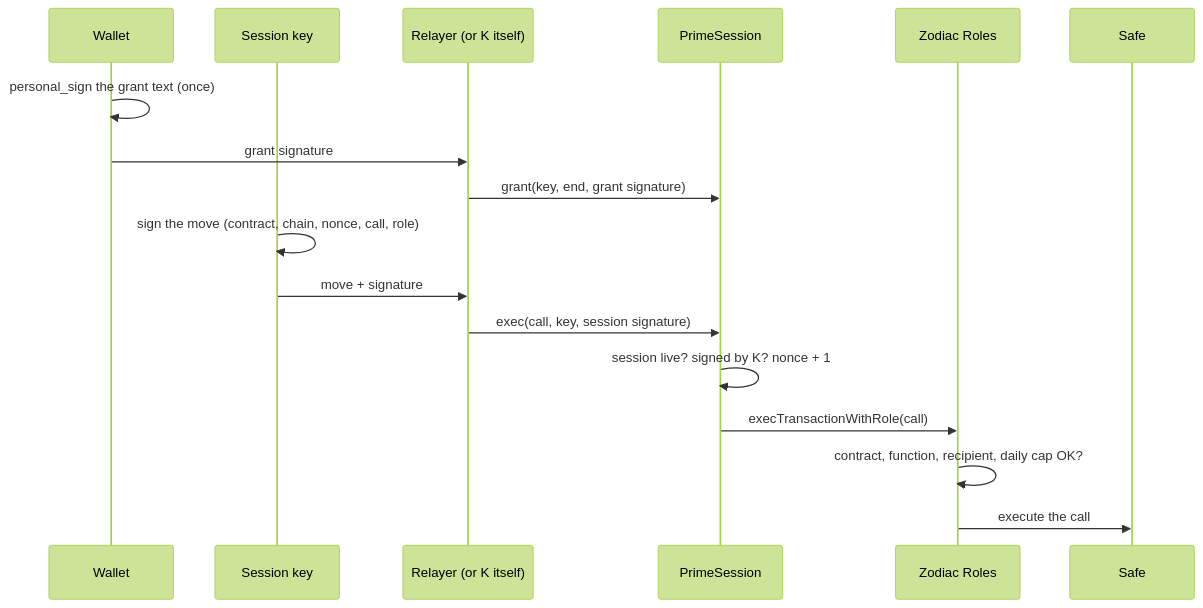
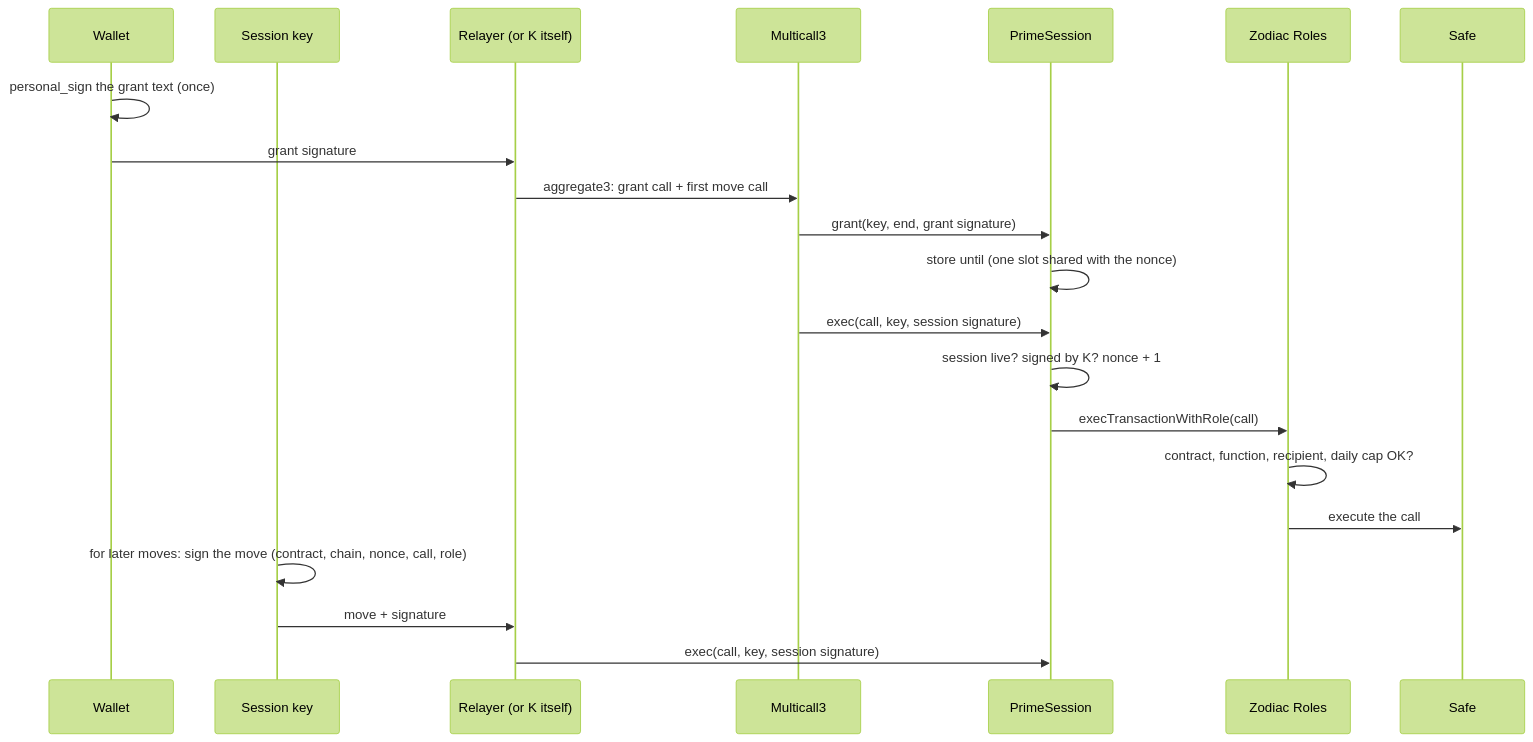
Before and after one commit to untangledfinance/oz-policy-builder: the fifth of 8 diagrams in contracts/prime-session/ARCHITECTURE.md, drawn with Mermaid (forest theme). The commit also changed other lines of this file and 81 other files, not shown here.

````diff
--- a/contracts/prime-session/ARCHITECTURE.md
+++ b/contracts/prime-session/ARCHITECTURE.md
@@ -230,19 +235,23 @@
 ```mermaid
 sequenceDiagram
   participant W as Wallet
   participant K as Session key
   participant R as Relayer (or K itself)
+  participant M as Multicall3
   participant P as PrimeSession
   participant Ro as Zodiac Roles
   participant S as Safe
   W->>W: personal_sign the grant text (once)
   W->>R: grant signature
-  R->>P: grant(key, end, grant signature)
-  K->>K: sign the move (contract, chain, nonce, call, role)
-  K->>R: move + signature
-  R->>P: exec(call, key, session signature)
+  R->>M: aggregate3: grant call + first move call
+  M->>P: grant(key, end, grant signature)
+  P->>P: store until (one slot shared with the nonce)
+  M->>P: exec(call, key, session signature)
   P->>P: session live? signed by K? nonce + 1
   P->>Ro: execTransactionWithRole(call)
   Ro->>Ro: contract, function, recipient, daily cap OK?
   Ro->>S: execute the call
+  K->>K: for later moves: sign the move (contract, chain, nonce, call, role)
+  K->>R: move + signature
+  R->>P: exec(call, key, session signature)
 ```
````
